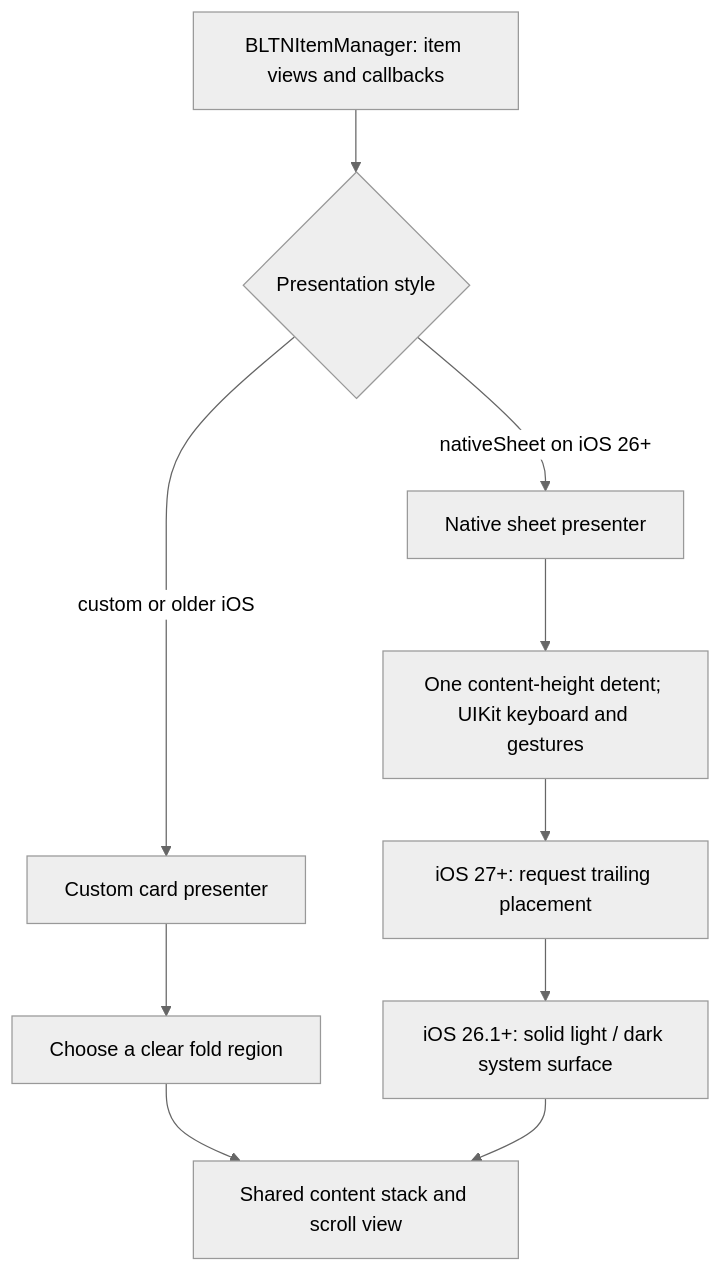
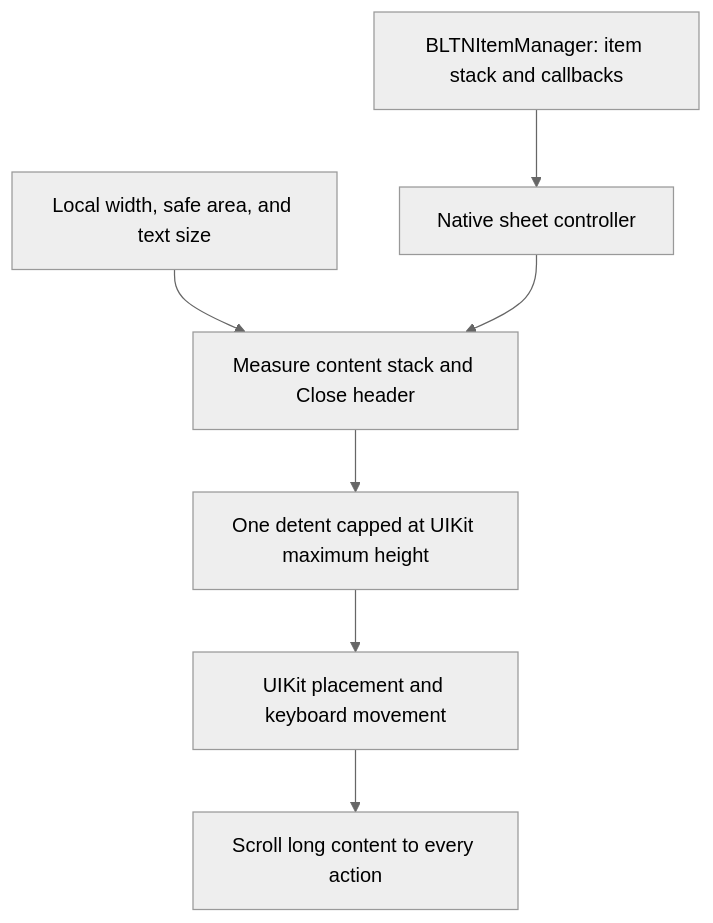
One commit to LambdaDigamma/BulletinBoard changed the first of 2 diagrams in guides/Adaptive Layout.md. Above: the diagram before and after it, drawn with Mermaid (neutral theme). The commit also changed other lines of this file and 38 other files, not shown here.

````diff
--- a/guides/Adaptive Layout.md
+++ b/guides/Adaptive Layout.md
@@ -11,12 +9,9 @@
 ```mermaid
 flowchart TD
-    Manager[BLTNItemManager: item views and callbacks] --> Choice{Presentation style}
-    Choice -->|custom or older iOS| Custom[Custom card presenter]
-    Choice -->|nativeSheet on iOS 26+| Native[Native sheet presenter]
-    Custom --> Regions[Choose a clear fold region]
-    Native --> UIKit[One content-height detent; UIKit keyboard and gestures]
-    UIKit --> Placement[iOS 27+: request trailing placement]
-    Regions --> Content[Shared content stack and scroll view]
-    Placement --> Surface[iOS 26.1+: solid light / dark system surface]
-    Surface --> Content
+    Manager[BLTNItemManager: item stack and callbacks] --> Sheet[Native sheet controller]
+    Bounds[Local width, safe area, and text size] --> Measure[Measure content stack and Close header]
+    Sheet --> Measure
+    Measure --> Detent[One detent capped at UIKit maximum height]
+    Detent --> UIKit[UIKit placement and keyboard movement]
+    UIKit --> Scroll[Scroll long content to every action]
 ```
````
